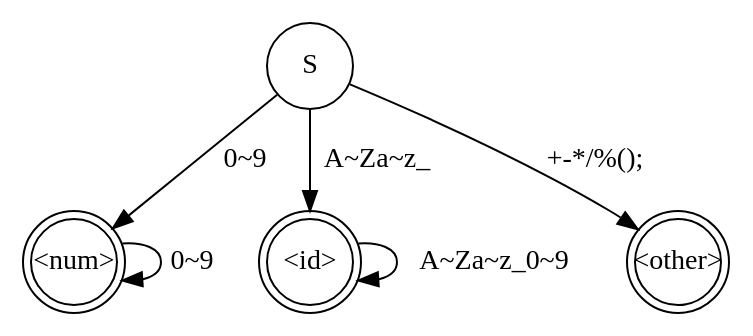
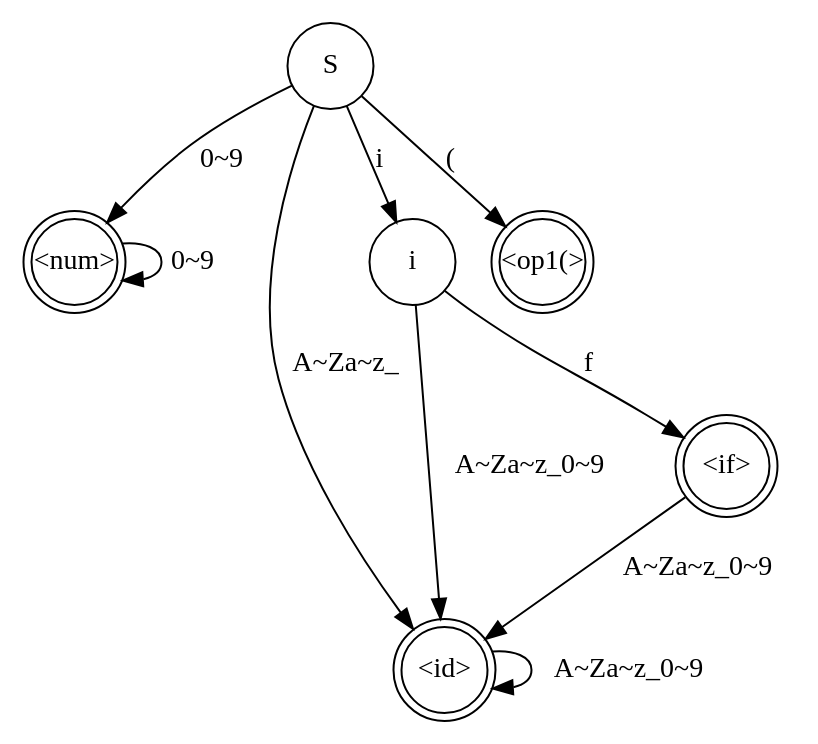
Before and after one commit to KZNS/cmm-compiler: the diagram in notes/words.dot, drawn with Graphviz. The commit also changed 1 other file, not shown here.

```diff
--- a/notes/words.dot
+++ b/notes/words.dot
@@ -1,11 +1,19 @@
 digraph G{
     S [shape="circle", fixedsize=true, width=0.6]
     "<num>" [shape="doublecircle", fixedsize=true, width=0.6]
     "<id>" [shape="doublecircle", fixedsize=true, width=0.6]
-    "<other>" [shape="doublecircle", fixedsize=true, width=0.6]
+    i [shape="circle", fixedsize=true, width=0.6]
+    "<if>" [shape="doublecircle", fixedsize=true, width=0.6] 
+    "<op1(>" [shape="doublecircle", fixedsize=true, width=0.6] 
+
     S -> "<num>" [label="0~9"]
     "<num>" -> "<num>" [label="0~9"]
     S -> "<id>" [label="A~Za~z_"]
     "<id>" -> "<id>" [label="A~Za~z_0~9"]
-    S -> "<other>" [label="+-*/%();"]
+    S -> i [label="i"]
+    i -> "<if>" [label="f"]
+    i -> "<id>" [label="A~Za~z_0~9"]
+    "<if>" -> "<id>" [label="A~Za~z_0~9"]
+    
+    S -> "<op1(>" [label="("]
 }
```
